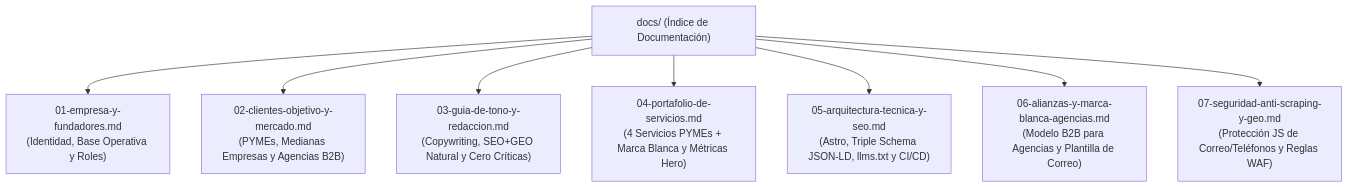
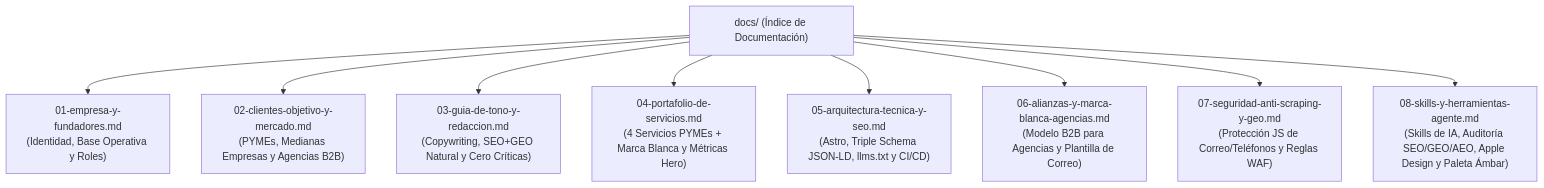
One commit to kevinPoncema/LaPon-solutions changed the diagram in docs/README.md. Above: the diagram before and after it, drawn with Mermaid. The commit also changed other lines of this file and 15 other files, not shown here.

````diff
--- a/docs/README.md
+++ b/docs/README.md
@@ -9,11 +9,12 @@
 ```mermaid
 graph TD
     DOCS["docs/ (Índice de Documentación)"]
     DOCS --> D1["01-empresa-y-fundadores.md<br/>(Identidad, Base Operativa y Roles)"]
     DOCS --> D2["02-clientes-objetivo-y-mercado.md<br/>(PYMEs, Medianas Empresas y Agencias B2B)"]
     DOCS --> D3["03-guia-de-tono-y-redaccion.md<br/>(Copywriting, SEO+GEO Natural y Cero Críticas)"]
     DOCS --> D4["04-portafolio-de-servicios.md<br/>(4 Servicios PYMEs + Marca Blanca y Métricas Hero)"]
     DOCS --> D5["05-arquitectura-tecnica-y-seo.md<br/>(Astro, Triple Schema JSON-LD, llms.txt y CI/CD)"]
     DOCS --> D6["06-alianzas-y-marca-blanca-agencias.md<br/>(Modelo B2B para Agencias y Plantilla de Correo)"]
     DOCS --> D7["07-seguridad-anti-scraping-y-geo.md<br/>(Protección JS de Correo/Teléfonos y Reglas WAF)"]
+    DOCS --> D8["08-skills-y-herramientas-agente.md<br/>(Skills de IA, Auditoría SEO/GEO/AEO, Apple Design y Paleta Ámbar)"]
 ```
````
